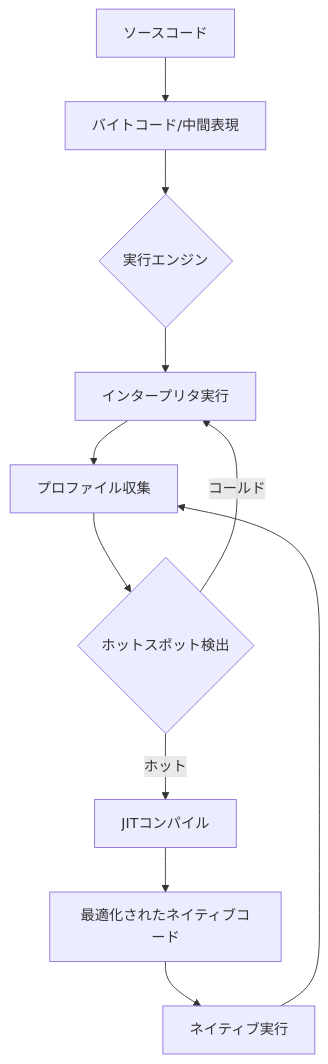
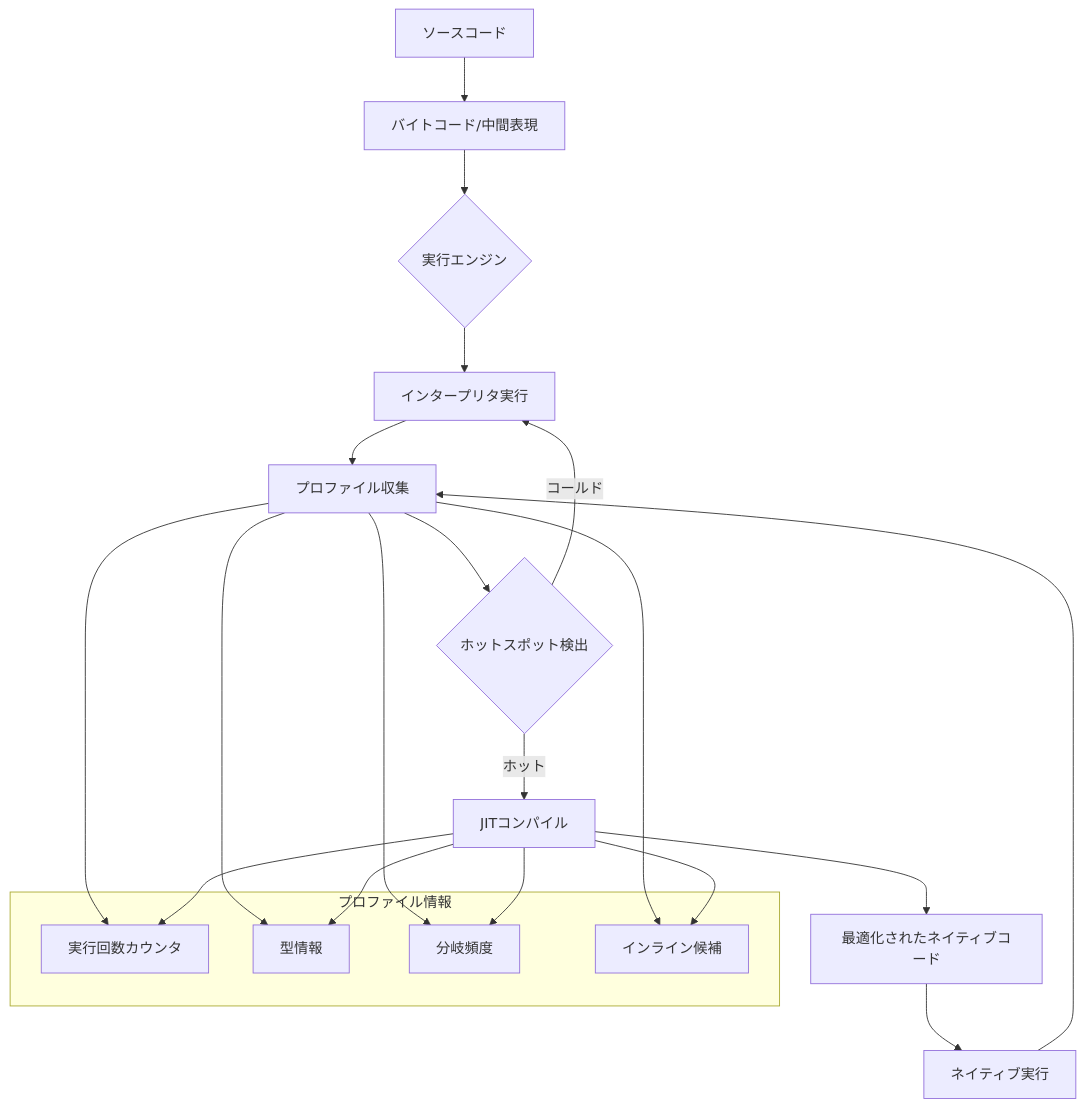
The first of 8 diagrams in articles/compiler/jit_compilation.md (gtnao/viblog), drawn with Mermaid before and after one commit. The commit also changed other lines of this file and 3 other files, not shown here.

````diff
--- a/articles/compiler/jit_compilation.md
+++ b/articles/compiler/jit_compilation.md
@@ -11,13 +13,29 @@
 ```mermaid
 graph TD
     A[ソースコード] --> B[バイトコード/中間表現]
     B --> C{実行エンジン}
     C --> D[インタープリタ実行]
     D --> E[プロファイル収集]
     E --> F{ホットスポット検出}
     F -->|ホット| G[JITコンパイル]
     F -->|コールド| D
     G --> H[最適化されたネイティブコード]
     H --> I[ネイティブ実行]
     I --> E
+    
+    subgraph "プロファイル情報"
+        J[実行回数カウンタ]
+        K[型情報]
+        L[分岐頻度]
+        M[インライン候補]
+    end
+    
+    E --> J
+    E --> K
+    E --> L
+    E --> M
+    G --> J
+    G --> K
+    G --> L
+    G --> M
 ```
````
